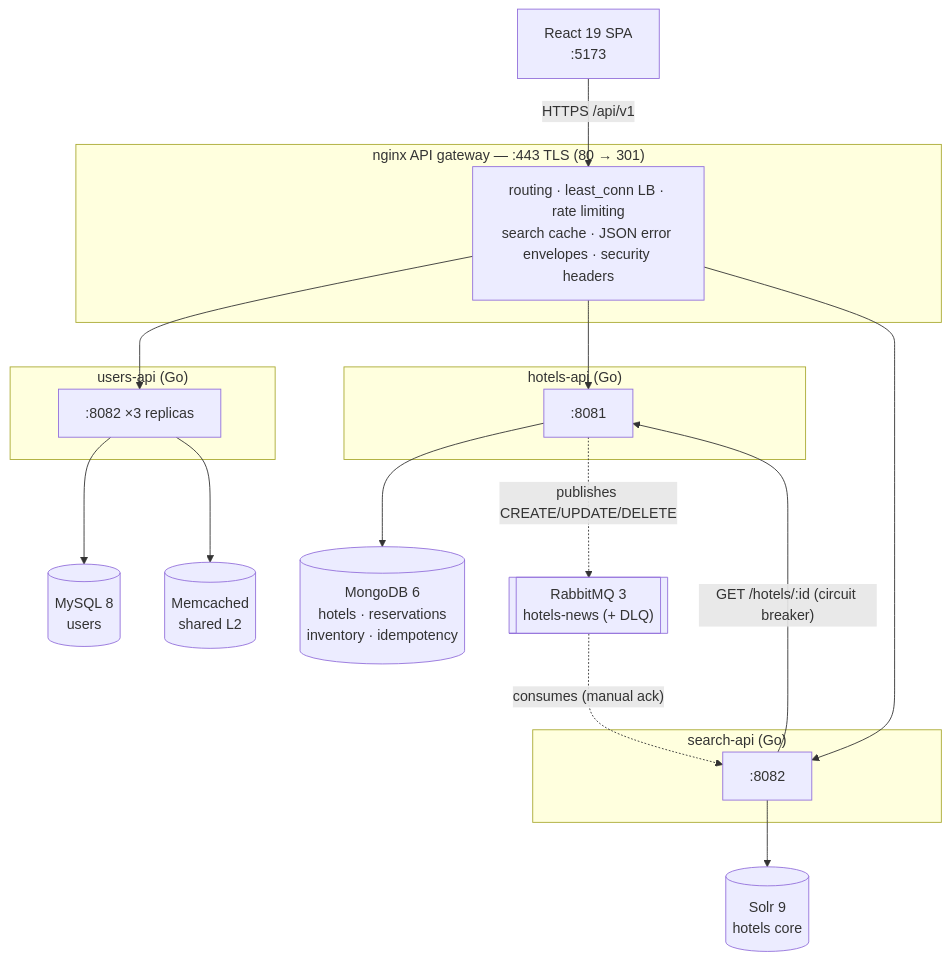
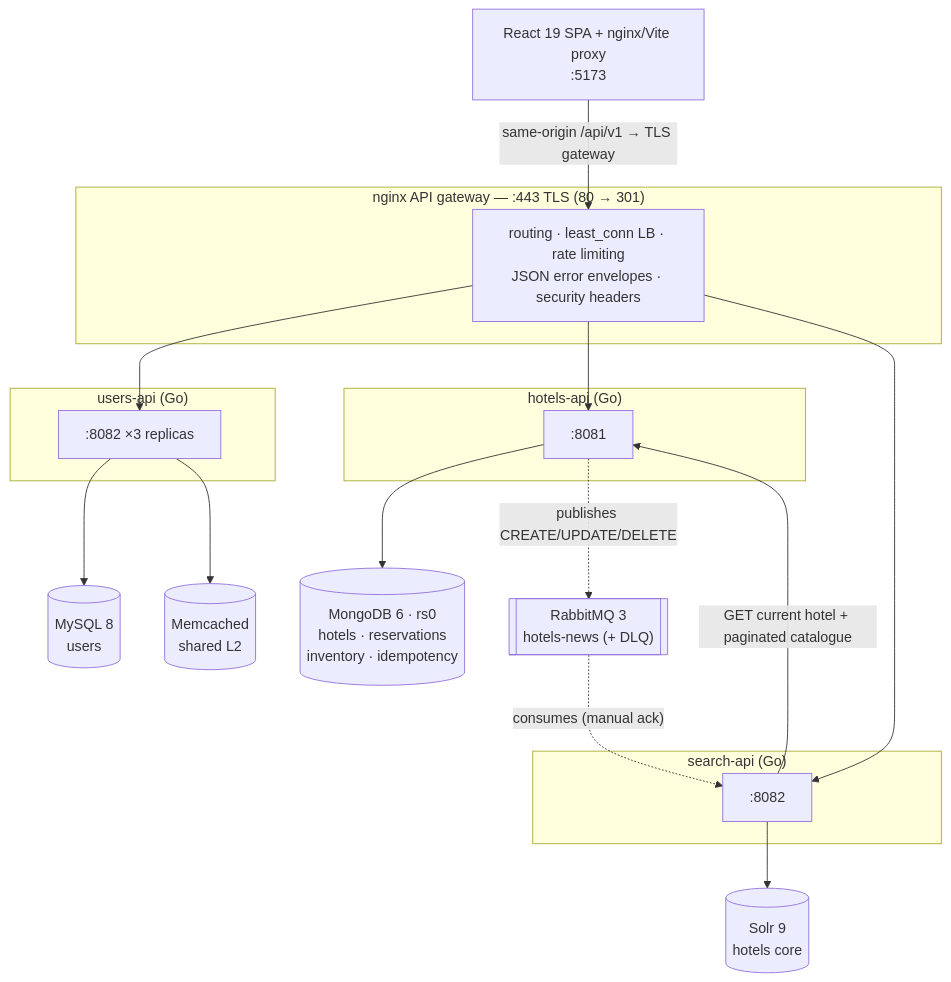
One commit to Julian0444/Hotel-Search-Booking-Microservices-Platform changed the diagram in README.md. Above: the diagram before and after it, drawn with Mermaid. The commit also changed other lines of this file and 171 other files, not shown here.

````diff
--- a/README.md
+++ b/README.md
@@ -29,31 +31,31 @@
 ```mermaid
 flowchart TB
-    SPA["React 19 SPA<br/>:5173"]
+    SPA["React 19 SPA + nginx/Vite proxy<br/>:5173"]
     subgraph GATEWAY["nginx API gateway — :443 TLS (80 → 301)"]
-        NG["routing · least_conn LB · rate limiting<br/>search cache · JSON error envelopes · security headers"]
+        NG["routing · least_conn LB · rate limiting<br/>JSON error envelopes · security headers"]
     end
     subgraph USERS["users-api (Go)"]
         U1[":8082 ×3 replicas"]
     end
     subgraph HOTELS["hotels-api (Go)"]
         H1[":8081"]
     end
     subgraph SEARCH["search-api (Go)"]
         S1[":8082"]
     end
     MYSQL[("MySQL 8<br/>users")]
     MEMC[("Memcached<br/>shared L2")]
-    MONGO[("MongoDB 6<br/>hotels · reservations<br/>inventory · idempotency")]
+    MONGO[("MongoDB 6 · rs0<br/>hotels · reservations<br/>inventory · idempotency")]
     SOLR[("Solr 9<br/>hotels core")]
     RABBIT[["RabbitMQ 3<br/>hotels-news (+ DLQ)"]]
 
-    SPA -->|"HTTPS /api/v1"| NG
+    SPA -->|"same-origin /api/v1 → TLS gateway"| NG
     NG --> U1 & H1 & S1
     U1 --> MYSQL
     U1 --> MEMC
     H1 --> MONGO
     S1 --> SOLR
     H1 -.->|"publishes CREATE/UPDATE/DELETE"| RABBIT
     RABBIT -.->|"consumes (manual ack)"| S1
-    S1 -->|"GET /hotels/:id (circuit breaker)"| H1
+    S1 -->|"GET current hotel + paginated catalogue"| H1
 ```
````
